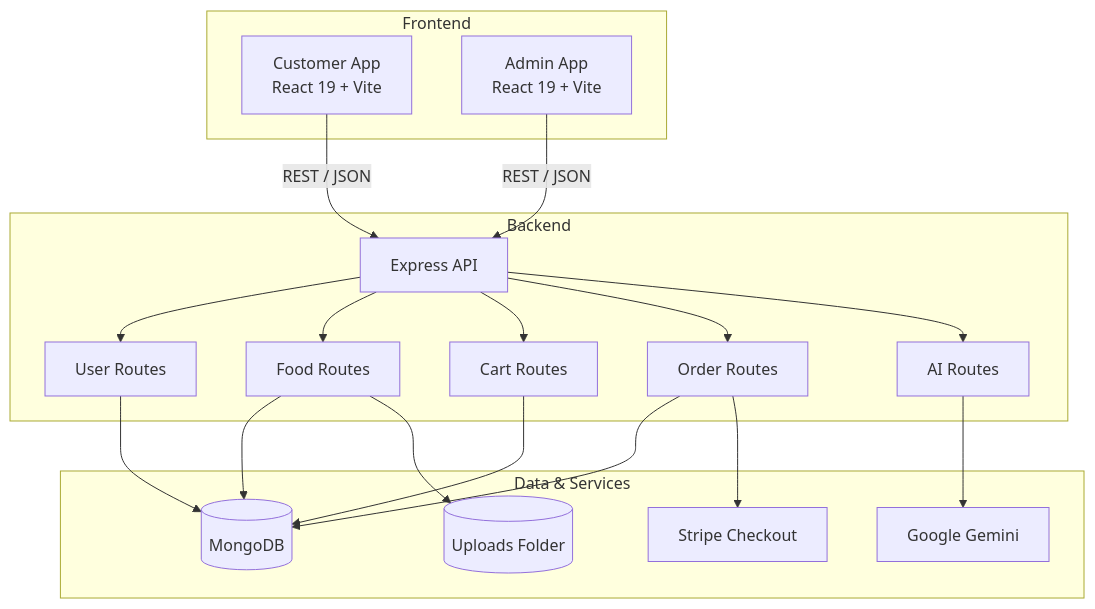
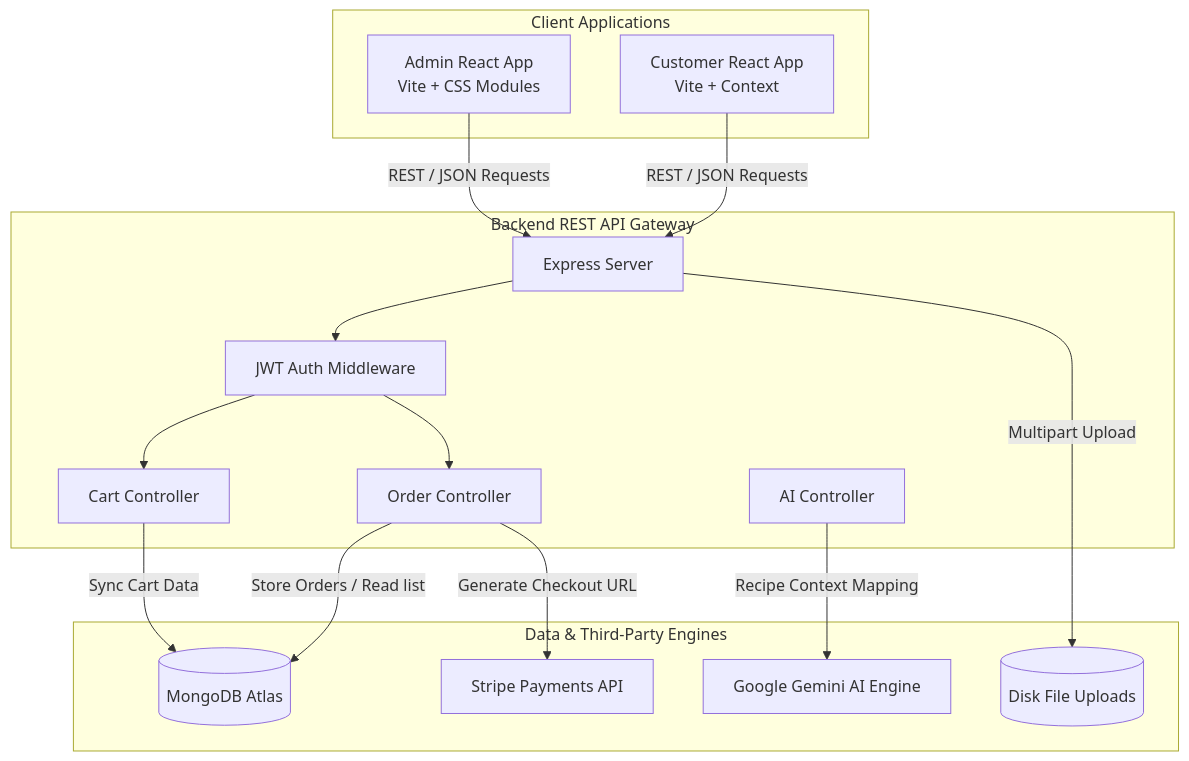
The first of 3 diagrams in README.md (SarthakDudhe/Feasto-Food-Order-Platform), drawn with Mermaid before and after one commit. The commit also changed other lines of this file, not shown here.

Commit message:
docs: overhaul README with updated project architecture, feature highlights, and visual gallery descriptions.

````diff
--- a/README.md
+++ b/README.md
@@ -153,40 +128,35 @@
 ```mermaid
-graph TD
-    subgraph Frontend
-        C[Customer App<br/>React 19 + Vite]
-        A[Admin App<br/>React 19 + Vite]
+flowchart TD
+    subgraph ClientApps["Client Applications"]
+        C[Customer React App<br/>Vite + Context]
+        A[Admin React App<br/>Vite + CSS Modules]
     end
 
-    subgraph Backend
-        E[Express API]
-        U1[User Routes]
-        F1[Food Routes]
-        C1[Cart Routes]
-        O1[Order Routes]
-        AI[AI Routes]
+    subgraph BackendAPI["Backend REST API Gateway"]
+        E[Express Server]
+        AuthM[JWT Auth Middleware]
+        OrderC[Order Controller]
+        AIC[AI Controller]
+        CartC[Cart Controller]
     end
 
-    subgraph Data & Services
-        DB[(MongoDB)]
-        STRIPE[Stripe Checkout]
-        GEMINI[Google Gemini]
-        FILES[(Uploads Folder)]
+    subgraph ExternalServices["Data & Third-Party Engines"]
+        DB[(MongoDB Atlas)]
+        STRIPE[Stripe Payments API]
+        GEMINI[Google Gemini AI Engine]
+        FS[(Disk File Uploads)]
     end
 
-    C -->|REST / JSON| E
-    A -->|REST / JSON| E
+    C -->|REST / JSON Requests| E
+    A -->|REST / JSON Requests| E
 
-    E --> U1
-    E --> F1
-    E --> C1
-    E --> O1
-    E --> AI
-
-    U1 --> DB
-    F1 --> DB
-    C1 --> DB
-    O1 --> DB
-    F1 --> FILES
-    O1 --> STRIPE
-    AI --> GEMINI
+    E --> AuthM
+    AuthM --> CartC
+    AuthM --> OrderC
+    
+    OrderC -->|Store Orders / Read list| DB
+    CartC -->|Sync Cart Data| DB
+    OrderC -->|Generate Checkout URL| STRIPE
+    AIC -->|Recipe Context Mapping| GEMINI
+    E -->|Multipart Upload| FS
 ```
````
